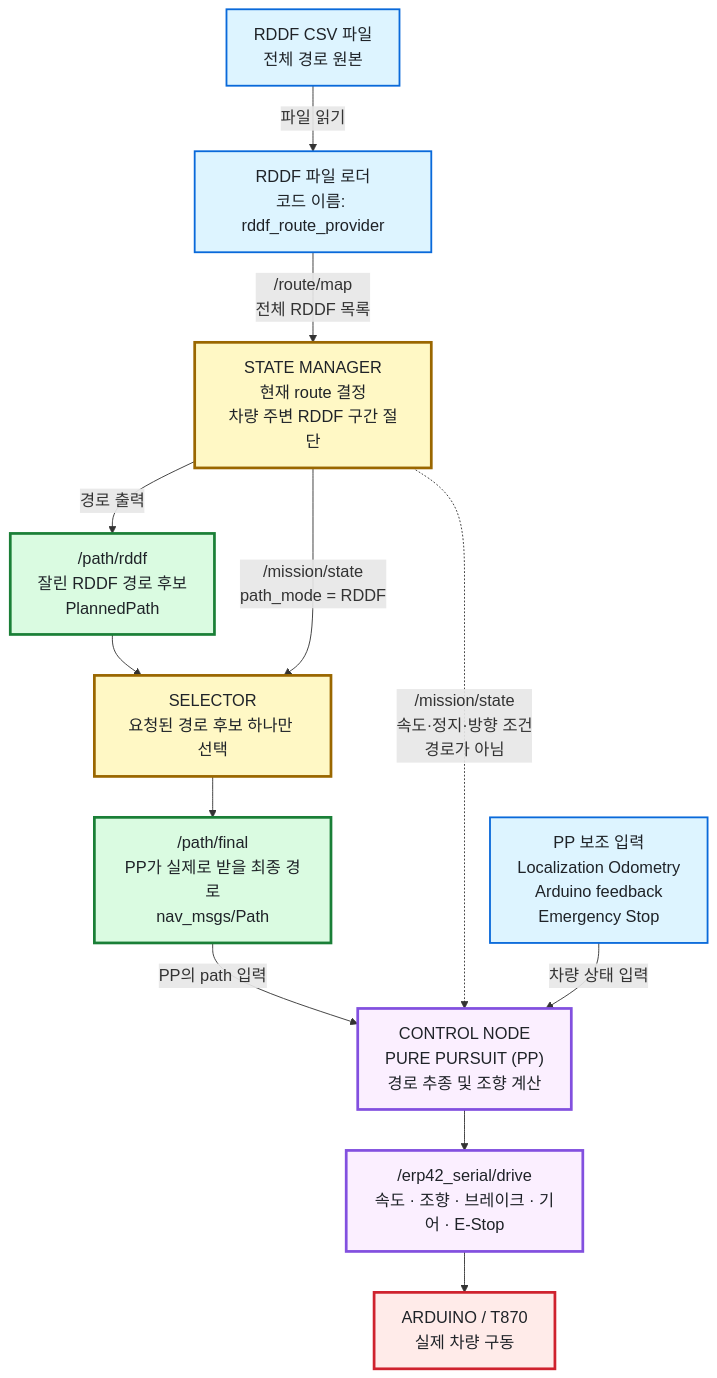
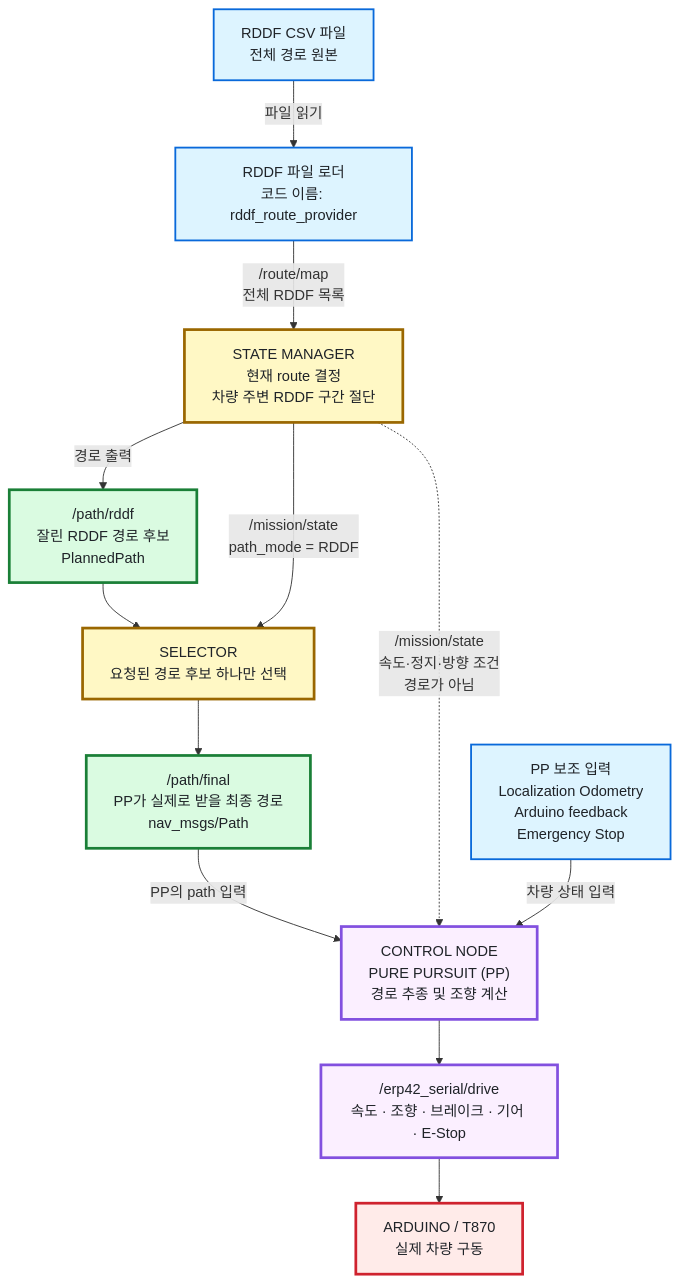
Before and after one commit to Team-Stier/HL-FMA-1-5-2026: the first of 3 diagrams in docs/architecture.md, drawn with Mermaid. The commit also changed other lines of this file, not shown here.

Commit message:
docs: restore default vertical diagram sizing

````diff
--- a/docs/architecture.md
+++ b/docs/architecture.md
@@ -21,32 +21,31 @@
 ```mermaid
-%%{init: {"flowchart": {"htmlLabels": true, "nodeSpacing": 36, "rankSpacing": 45}, "themeVariables": {"fontSize": "18px"}}}%%
 flowchart TB
     classDef source fill:#ddf4ff,stroke:#0969da,stroke-width:2px,color:#1f2328
     classDef decision fill:#fff8c5,stroke:#9a6700,stroke-width:3px,color:#1f2328
     classDef path fill:#dafbe1,stroke:#1a7f37,stroke-width:3px,color:#1f2328
     classDef control fill:#fbefff,stroke:#8250df,stroke-width:3px,color:#1f2328
     classDef vehicle fill:#ffebe9,stroke:#cf222e,stroke-width:3px,color:#1f2328
 
     FILES["RDDF CSV 파일<br/>전체 경로 원본"]:::source
     LOADER["RDDF 파일 로더<br/>코드 이름: rddf_route_provider"]:::source
     SM["STATE MANAGER<br/>현재 route 결정<br/>차량 주변 RDDF 구간 절단"]:::decision
     RDDF["/path/rddf<br/>잘린 RDDF 경로 후보<br/>PlannedPath"]:::path
     SELECTOR["SELECTOR<br/>요청된 경로 후보 하나만 선택"]:::decision
     FINAL["/path/final<br/>PP가 실제로 받을 최종 경로<br/>nav_msgs/Path"]:::path
     PP["CONTROL NODE<br/>PURE PURSUIT (PP)<br/>경로 추종 및 조향 계산"]:::control
     PPINPUT["PP 보조 입력<br/>Localization Odometry<br/>Arduino feedback<br/>Emergency Stop"]:::source
     CMD["/erp42_serial/drive<br/>속도 · 조향 · 브레이크 · 기어 · E-Stop"]:::control
     CAR["ARDUINO / T870<br/>실제 차량 구동"]:::vehicle
 
     FILES -->|파일 읽기| LOADER
     LOADER -->|/route/map<br/>전체 RDDF 목록| SM
     SM -->|경로 출력| RDDF
     RDDF --> SELECTOR
     SM -->|/mission/state<br/>path_mode = RDDF| SELECTOR
     SELECTOR --> FINAL
     FINAL -->|PP의 path 입력| PP
     SM -.->|/mission/state<br/>속도·정지·방향 조건<br/>경로가 아님| PP
     PPINPUT -->|차량 상태 입력| PP
     PP --> CMD
     CMD --> CAR
 ```
````
